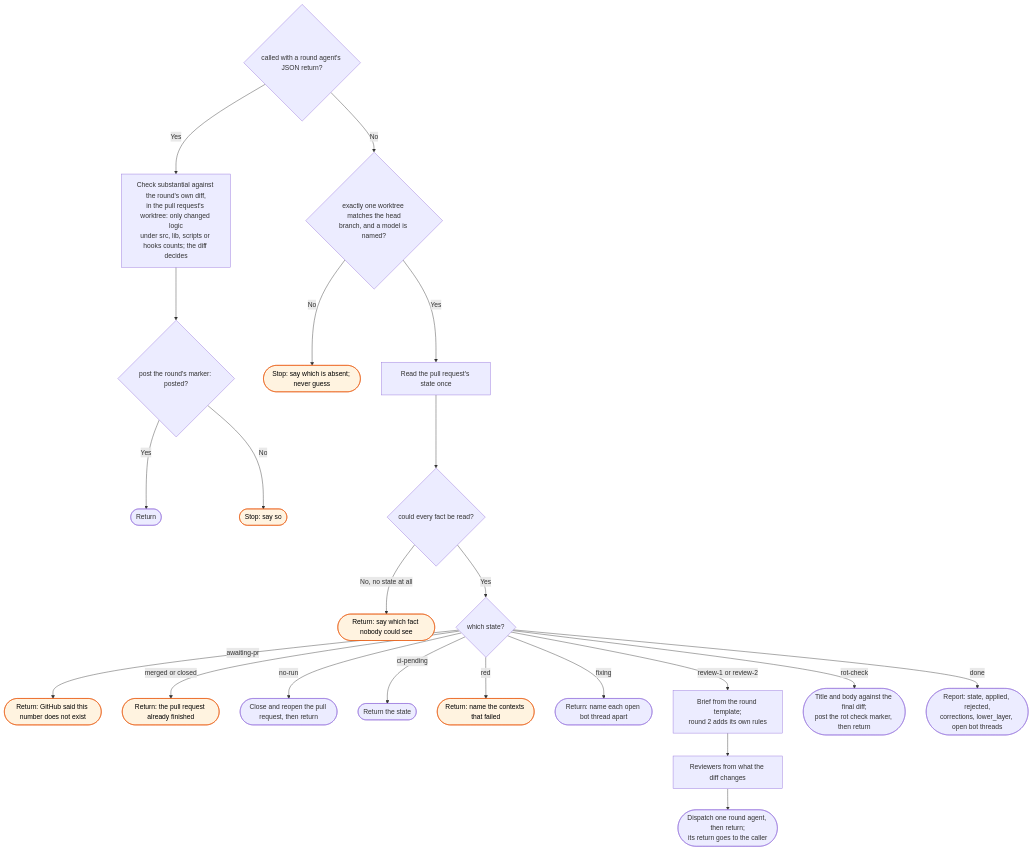
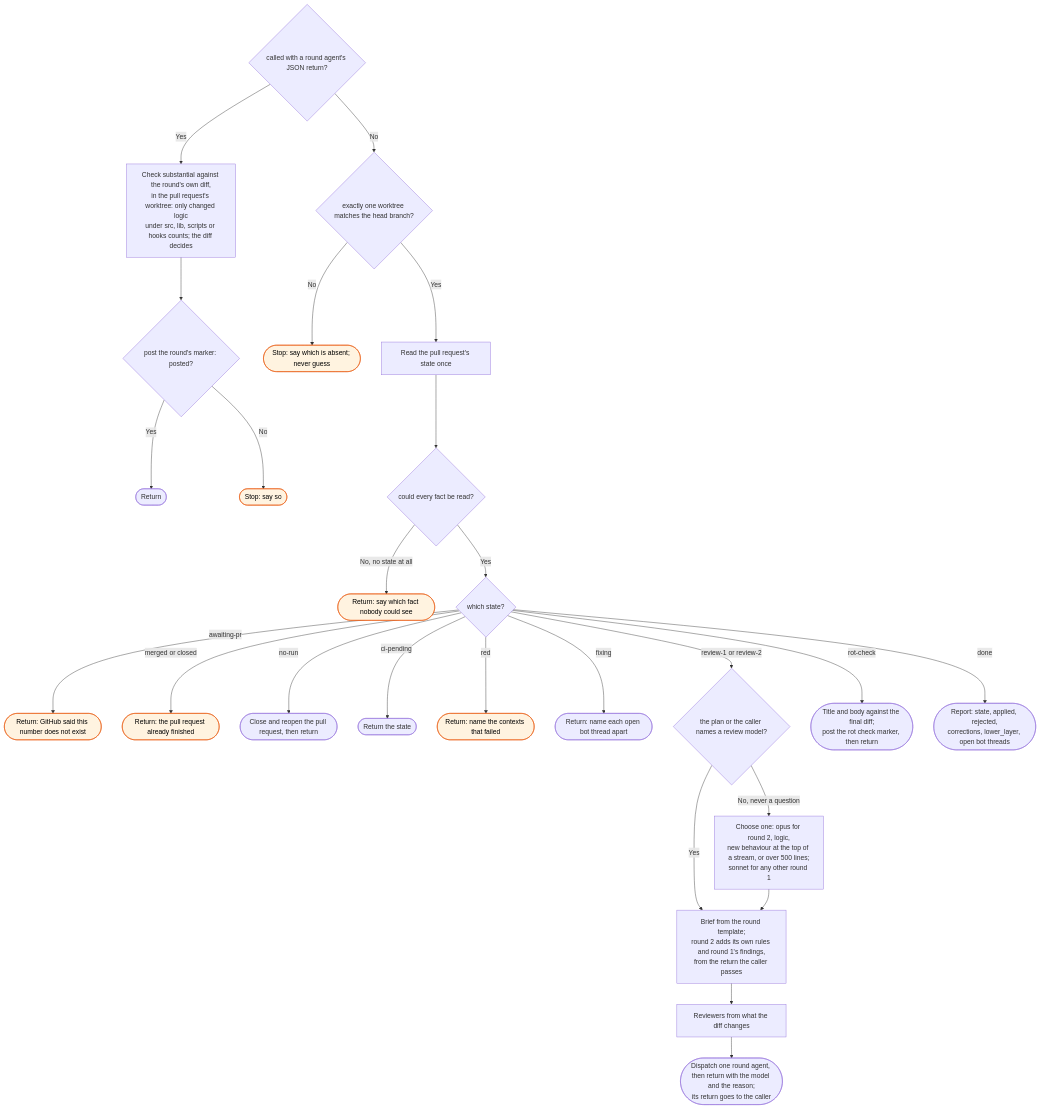
Before and after one commit to bje-settings/claude: the diagram in docs/flows/workstreams/review/_skill-flow.md, drawn with Mermaid. The commit also changed other lines of this file and 5 other files, not shown here.

Commit message:
docs(workstreams): flows and README for the round 13 fixes, 0.13.0

````diff
--- a/docs/flows/workstreams/review/_skill-flow.md
+++ b/docs/flows/workstreams/review/_skill-flow.md
@@ -15,31 +15,34 @@
 ```mermaid
 flowchart TD
     R0{called with a round agent's JSON return?}
     R0 -->|Yes| RS[Check substantial against the round's own diff,<br/>in the pull request's worktree: only changed logic<br/>under src, lib, scripts or hooks counts; the diff decides]
     RS --> R2{post the round's marker: posted?}
     R2 -->|Yes| R1([Return])
     R2 -->|No| R3([Stop: say so]):::stop
-    R0 -->|No| W{exactly one worktree matches the head<br/>branch, and a model is named?}
+    R0 -->|No| W{exactly one worktree matches the head branch?}
     W -->|No| W1([Stop: say which is absent; never guess]):::stop
     W -->|Yes| C[Read the pull request's state once]
 
     C --> D{could every fact be read?}
     D -->|No, no state at all| D1([Return: say which fact nobody could see]):::stop
     D -->|Yes| E{which state?}
 
     E -->|awaiting-pr| E1([Return: GitHub said this number does not exist]):::stop
     E -->|merged or closed| E1b([Return: the pull request already finished]):::stop
     E -->|no-run| F([Close and reopen the pull request, then return])
     E -->|ci-pending| G([Return the state])
     E -->|red| G1([Return: name the contexts that failed]):::stop
     E -->|fixing| G2([Return: name each open bot thread apart])
 
-    E -->|review-1 or review-2| I[Brief from the round template;<br/>round 2 adds its own rules]
+    E -->|review-1 or review-2| M{the plan or the caller names a review model?}
+    M -->|Yes| I
+    M -->|No, never a question| M1[Choose one: opus for round 2, logic,<br/>new behaviour at the top of a stream, or over 500 lines;<br/>sonnet for any other round 1] --> I
+    I[Brief from the round template;<br/>round 2 adds its own rules and round 1's findings,<br/>from the return the caller passes]
     I --> J[Reviewers from what the diff changes]
-    J --> K([Dispatch one round agent, then return;<br/>its return goes to the caller])
+    J --> K([Dispatch one round agent, then return with the model and the reason;<br/>its return goes to the caller])
 
     E -->|rot-check| Q([Title and body against the final diff;<br/>post the rot check marker, then return])
     E -->|done| S([Report: state, applied, rejected,<br/>corrections, lower_layer, open bot threads])
 
     classDef stop fill:#fff3e0,stroke:#e65100,color:#000
 ```
````
